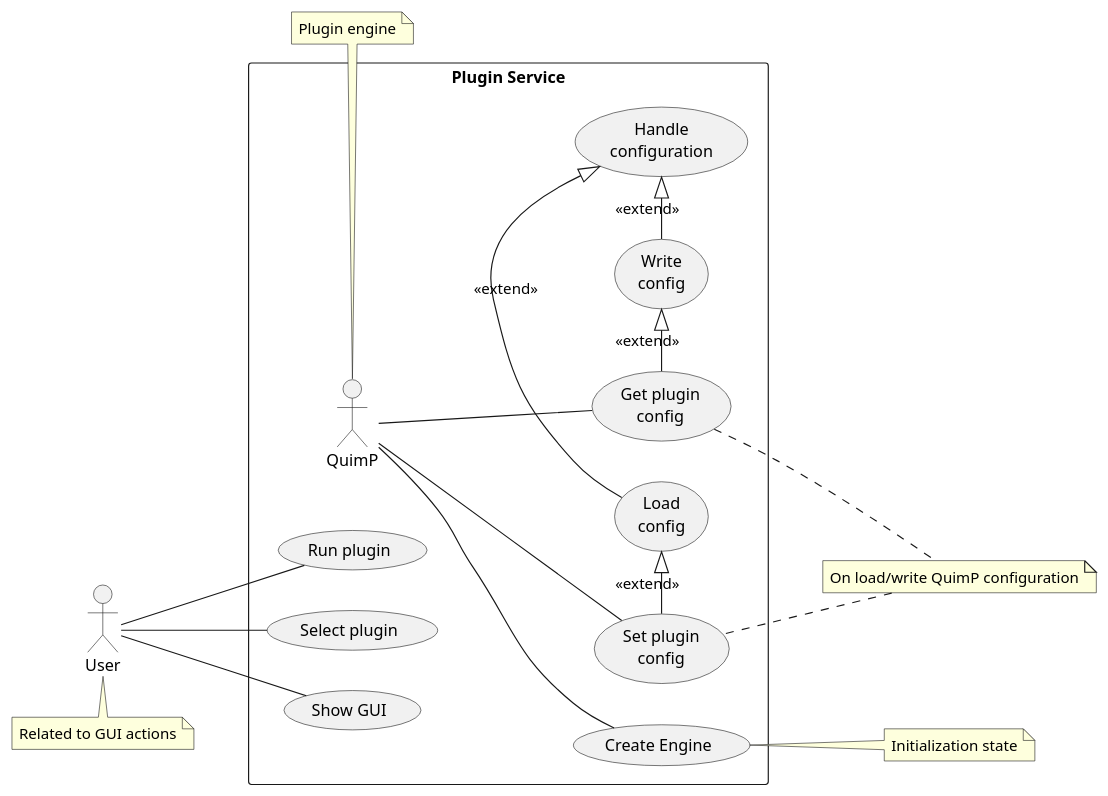
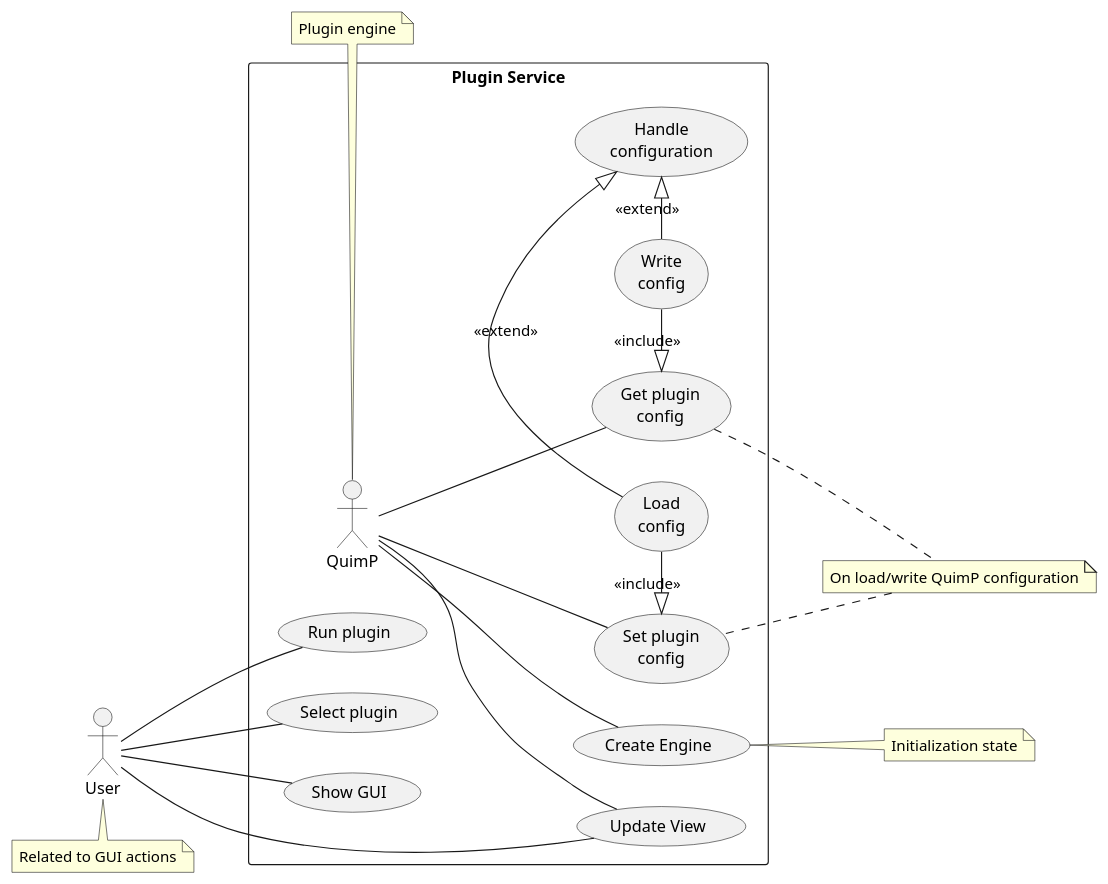
The first of 7 diagrams in Doxygen_doc/SnakePlugin.md (CellDynamics/QuimP), drawn with PlantUML before and after one commit. The commit also changed other lines of this file and 2 other files, not shown here.

```diff
--- a/Doxygen_doc/SnakePlugin.md
+++ b/Doxygen_doc/SnakePlugin.md
@@ -40,24 +40,26 @@
 @startuml
 left to right direction
 
 :User: as user
 rectangle "Plugin Service" {
     :QuimP: as quimp
     quimp--(Create Engine)
     user--(Run plugin)
     user--(Select plugin)
     user--(Show GUI)
     quimp--(Get plugin\nconfig)
     quimp--(Set plugin\nconfig)
-    (Get plugin\nconfig)-|>(Write\nconfig):<<extend>>
-    (Set plugin\nconfig)-|>(Load\nconfig):<<extend>>
+    quimp--(Update View)
+    user--(Update View)
+    (Get plugin\nconfig)<|-(Write\nconfig):<<include>>
+    (Set plugin\nconfig)<|-(Load\nconfig):<<include>>
     (Write\nconfig)-|>(Handle\nconfiguration):<<extend>>
     (Load\nconfig)-|>(Handle\nconfiguration):<<extend>>
 }
 note bottom of user : Related to GUI actions
 note top of quimp : Plugin engine
 note right of (Create Engine) : Initialization state
 note "On load/write QuimP configuration" as N2
 (Get plugin\nconfig) .. N2
 N2 .. (Set plugin\nconfig)
 @enduml
```
